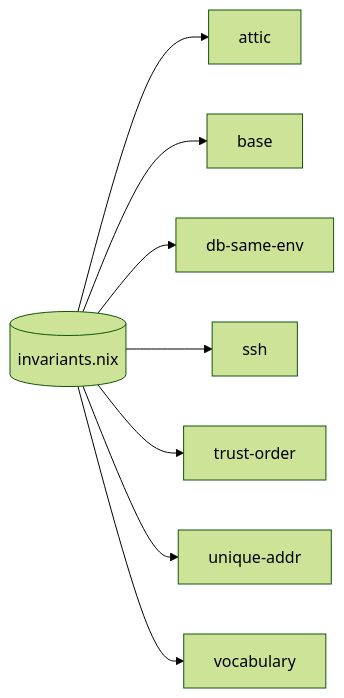
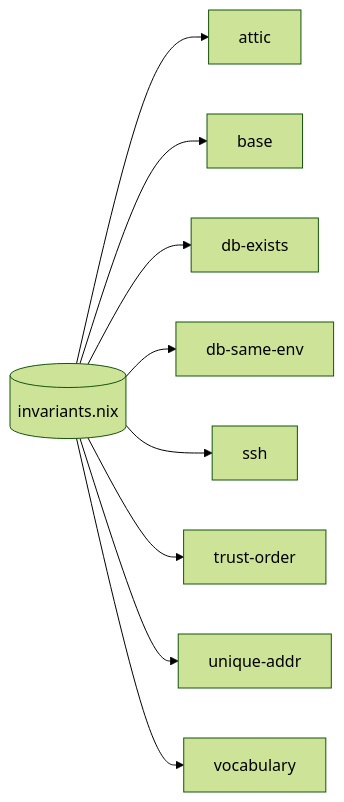
One commit to vic/sven changed the ninth of 12 diagrams in templates/fleet/README.md. Above: the diagram before and after it, drawn with Mermaid (forest theme). The commit also changed other lines of this file and 25 other files, not shown here.

````diff
--- a/templates/fleet/README.md
+++ b/templates/fleet/README.md
@@ -1355,18 +1355,20 @@
 ```mermaid
 flowchart LR
   n8dd0fe8499["attic"]
   ncd1535385b["base"]
+  n5a15983f10["db-exists"]
   n0b92436946["db-same-env"]
   nc8da1a487b["ssh"]
   ne10dd2e08e["trust-order"]
   n411692d32a["unique-addr"]
   ncaee6455ee["vocabulary"]
   necbadde1b9[("invariants.nix")]
   necbadde1b9 --> n8dd0fe8499
   necbadde1b9 --> ncd1535385b
+  necbadde1b9 --> n5a15983f10
   necbadde1b9 --> n0b92436946
   necbadde1b9 --> nc8da1a487b
   necbadde1b9 --> ne10dd2e08e
   necbadde1b9 --> n411692d32a
   necbadde1b9 --> ncaee6455ee
 ```
````
